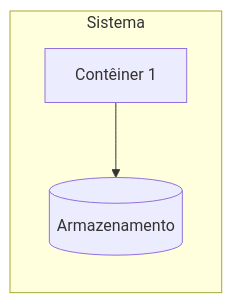
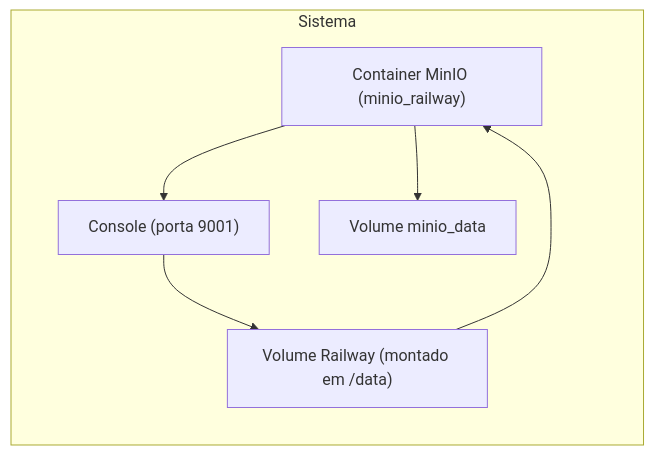
One commit to aukobe/dcs-2026 changed the second of 3 diagrams in aula_01_minio/specs/plan.md. Above: the diagram before and after it, drawn with Mermaid. The commit also changed other lines of this file and 3 other files, not shown here.

````diff
--- a/aula_01_minio/specs/plan.md
+++ b/aula_01_minio/specs/plan.md
@@ -17,8 +14,13 @@
 ```mermaid
 flowchart LR
   subgraph sistema["Sistema"]
-    c1["Contêiner 1"]
-    c2[("Armazenamento")]
+    l1["Container MinIO (minio_railway)"]
+    l2["Console (porta 9001)"]
+    l3["Volume minio_data"]
+    l4["Volume Railway (montado em /data)"]
   end
-  c1 --> c2
+  l1 --> l2
+  l1 --> l3
+  l4 --> l1
+  l2 --> l4
 ```
````
